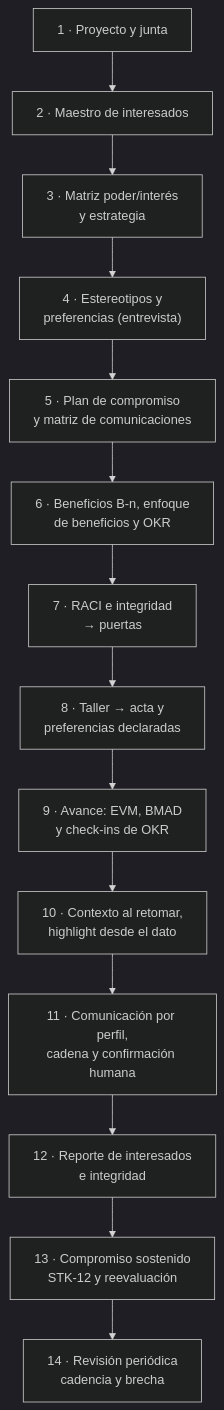
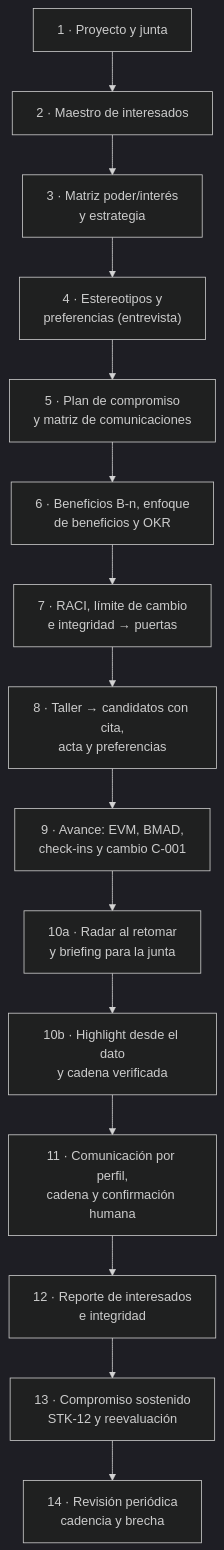
One commit to Arturo-Penas-Rial/pm-method changed the first of 3 diagrams in docs/guias/E2E-3-interesados-okr-avance.md. Above: the diagram before and after it, drawn with Mermaid (dark theme). The commit also changed other lines of this file and 284 other files, not shown here.

````diff
--- a/docs/guias/E2E-3-interesados-okr-avance.md
+++ b/docs/guias/E2E-3-interesados-okr-avance.md
@@ -101,10 +108,10 @@
 ```mermaid
 flowchart TB
     a["1 · Proyecto y junta"] --> b["2 · Maestro de interesados"]
     b --> c["3 · Matriz poder/interés<br/>y estrategia"] --> d["4 · Estereotipos y<br/>preferencias (entrevista)"]
     d --> e["5 · Plan de compromiso<br/>y matriz de comunicaciones"] --> f["6 · Beneficios B-n, enfoque<br/>de beneficios y OKR"]
-    f --> g["7 · RACI e integridad<br/>→ puertas"] --> h["8 · Taller → acta y<br/>preferencias declaradas"]
-    h --> i["9 · Avance: EVM, BMAD<br/>y check-ins de OKR"] --> j["10 · Contexto al retomar,<br/>highlight desde el dato"]
-    j --> k["11 · Comunicación por perfil,<br/>cadena y confirmación humana"] --> l["12 · Reporte de interesados<br/>e integridad"]
+    f --> g["7 · RACI, límite de cambio<br/>e integridad → puertas"] --> h["8 · Taller → candidatos con cita,<br/>acta y preferencias"]
+    h --> i["9 · Avance: EVM, BMAD,<br/>check-ins y cambio C-001"] --> j["10a · Radar al retomar<br/>y briefing para la junta"]
+    j --> j2["10b · Highlight desde el dato<br/>y cadena verificada"] --> k["11 · Comunicación por perfil,<br/>cadena y confirmación humana"] --> l["12 · Reporte de interesados<br/>e integridad"]
     l --> m["13 · Compromiso sostenido<br/>STK-12 y reevaluación"] --> n["14 · Revisión periódica<br/>cadencia y brecha"]
 ```
````
